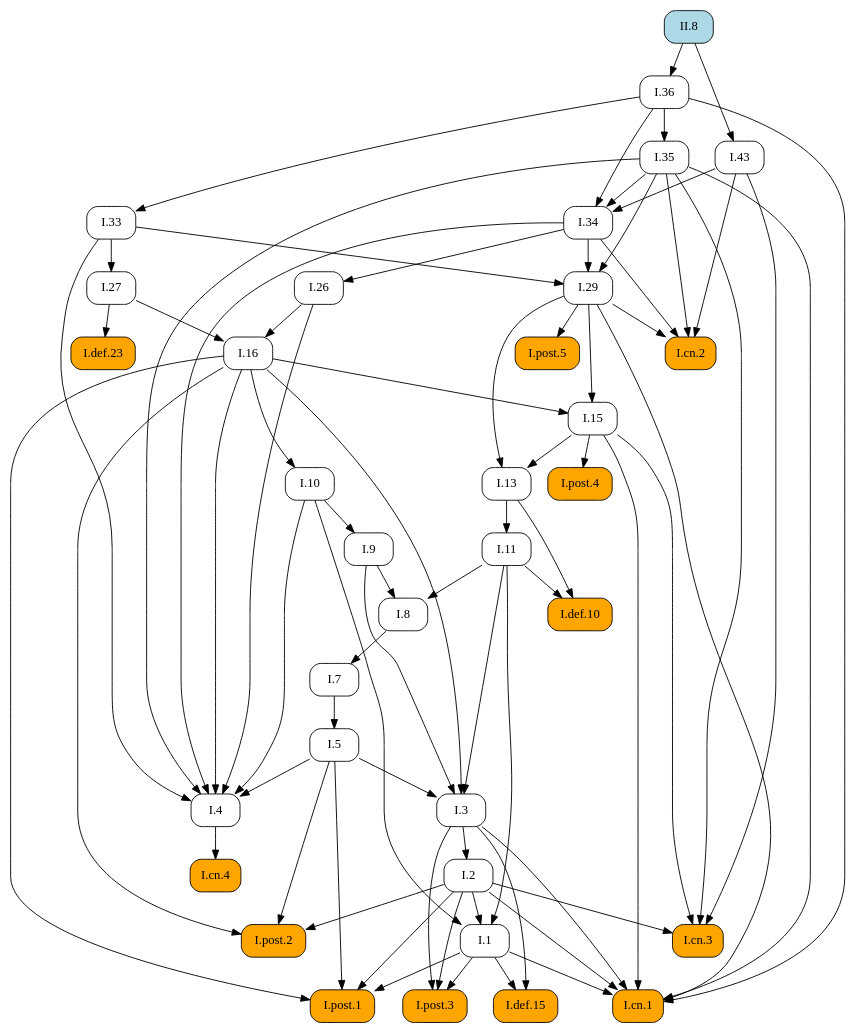
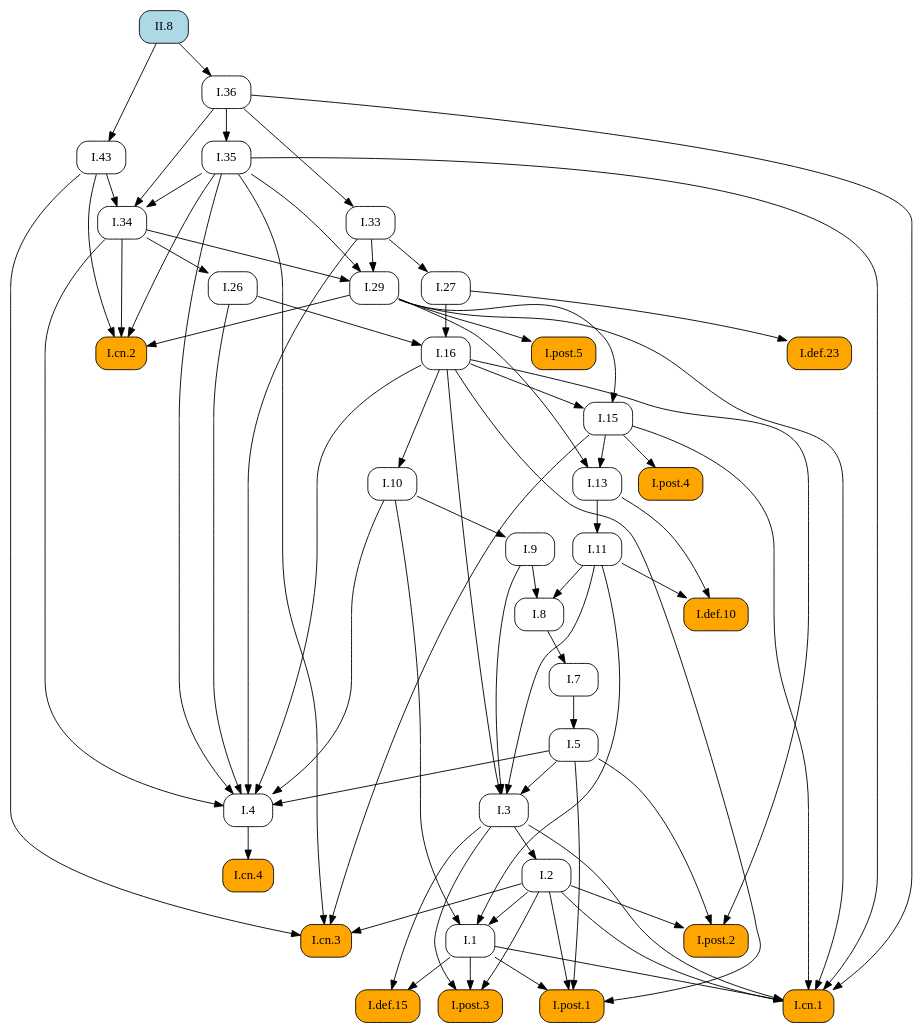
Before and after one commit to geometor/elements: the diagram in docsrc/elements2/II/8/index.rst, drawn with Graphviz. The commit also changed other lines of this file and 171 other files, not shown here.

```diff
--- a/docsrc/elements2/II/8/index.rst
+++ b/docsrc/elements2/II/8/index.rst
@@ -125,65 +125,97 @@
    digraph {
      rankdir="TB";
      node [shape=box, style=rounded];
+     "I.8" [URL="/elements2/I/8/", target="_top"];
+     "I.36" [URL="/elements2/I/36/", target="_top"];
+     "I.post.1" [style="rounded,filled", fillcolor=orange, URL="/elements2/I/post.1/", target="_top"];
+     "I.33" [URL="/elements2/I/33/", target="_top"];
+     "I.5" [URL="/elements2/I/5/", target="_top"];
+     "I.post.5" [style="rounded,filled", fillcolor=orange, URL="/elements2/I/post.5/", target="_top"];
      "I.def.10" [style="rounded,filled", fillcolor=orange, URL="/elements2/I/def.10/", target="_top"];
+     "I.cn.2" [style="rounded,filled", fillcolor=orange, URL="/elements2/I/cn.2/", target="_top"];
+     "I.def.15" [style="rounded,filled", fillcolor=orange, URL="/elements2/I/def.15/", target="_top"];
+     "I.11" [URL="/elements2/I/11/", target="_top"];
+     "I.43" [URL="/elements2/I/43/", target="_top"];
+     "I.3" [URL="/elements2/I/3/", target="_top"];
+     "I.def.23" [style="rounded,filled", fillcolor=orange, URL="/elements2/I/def.23/", target="_top"];
+     "I.post.2" [style="rounded,filled", fillcolor=orange, URL="/elements2/I/post.2/", target="_top"];
+     "I.26" [URL="/elements2/I/26/", target="_top"];
+     "I.cn.3" [style="rounded,filled", fillcolor=orange, URL="/elements2/I/cn.3/", target="_top"];
+     "I.cn.4" [style="rounded,filled", fillcolor=orange, URL="/elements2/I/cn.4/", target="_top"];
+     "I.1" [URL="/elements2/I/1/", target="_top"];
+     "I.7" [URL="/elements2/I/7/", target="_top"];
+     "I.9" [URL="/elements2/I/9/", target="_top"];
+     "II.8" [style="rounded,filled", fillcolor=lightblue, URL="/elements2/II/8/", target="_top"];
+     "I.cn.1" [style="rounded,filled", fillcolor=orange, URL="/elements2/I/cn.1/", target="_top"];
+     "I.29" [URL="/elements2/I/29/", target="_top"];
+     "I.16" [URL="/elements2/I/16/", target="_top"];
+     "I.post.4" [style="rounded,filled", fillcolor=orange, URL="/elements2/I/post.4/", target="_top"];
+     "I.13" [URL="/elements2/I/13/", target="_top"];
+     "I.35" [URL="/elements2/I/35/", target="_top"];
+     "I.2" [URL="/elements2/I/2/", target="_top"];
+     "I.27" [URL="/elements2/I/27/", target="_top"];
+     "I.4" [URL="/elements2/I/4/", target="_top"];
+     "I.10" [URL="/elements2/I/10/", target="_top"];
+     "I.15" [URL="/elements2/I/15/", target="_top"];
      "I.34" [URL="/elements2/I/34/", target="_top"];
-     "I.cn.4" [style="rounded,filled", fillcolor=orange, URL="/elements2/I/cn.4/", target="_top"];
-     "I.def.15" [style="rounded,filled", fillcolor=orange, URL="/elements2/I/def.15/", target="_top"];
      "I.post.3" [style="rounded,filled", fillcolor=orange, URL="/elements2/I/post.3/", target="_top"];
-     "I.36" [URL="/elements2/I/36/", target="_top"];
-     "I.27" [URL="/elements2/I/27/", target="_top"];
-     "I.post.2" [style="rounded,filled", fillcolor=orange, URL="/elements2/I/post.2/", target="_top"];
-     "I.13" [URL="/elements2/I/13/", target="_top"];
-     "I.10" [URL="/elements2/I/10/", target="_top"];
-     "I.post.1" [style="rounded,filled", fillcolor=orange, URL="/elements2/I/post.1/", target="_top"];
-     "I.7" [URL="/elements2/I/7/", target="_top"];
-     "I.11" [URL="/elements2/I/11/", target="_top"];
-     "II.8" [style="rounded,filled", fillcolor=lightblue, URL="/elements2/II/8/", target="_top"];
-     "I.4" [URL="/elements2/I/4/", target="_top"];
-     "I.16" [URL="/elements2/I/16/", target="_top"];
-     "I.def.23" [style="rounded,filled", fillcolor=orange, URL="/elements2/I/def.23/", target="_top"];
-     "I.9" [URL="/elements2/I/9/", target="_top"];
-     "I.2" [URL="/elements2/I/2/", target="_top"];
-     "I.cn.2" [style="rounded,filled", fillcolor=orange, URL="/elements2/I/cn.2/", target="_top"];
-     "I.15" [URL="/elements2/I/15/", target="_top"];
-     "I.26" [URL="/elements2/I/26/", target="_top"];
-     "I.post.5" [style="rounded,filled", fillcolor=orange, URL="/elements2/I/post.5/", target="_top"];
-     "I.8" [URL="/elements2/I/8/", target="_top"];
-     "I.1" [URL="/elements2/I/1/", target="_top"];
-     "I.35" [URL="/elements2/I/35/", target="_top"];
-     "I.43" [URL="/elements2/I/43/", target="_top"];
-     "I.33" [URL="/elements2/I/33/", target="_top"];
-     "I.post.4" [style="rounded,filled", fillcolor=orange, URL="/elements2/I/post.4/", target="_top"];
-     "I.cn.1" [style="rounded,filled", fillcolor=orange, URL="/elements2/I/cn.1/", target="_top"];
-     "I.3" [URL="/elements2/I/3/", target="_top"];
-     "I.cn.3" [style="rounded,filled", fillcolor=orange, URL="/elements2/I/cn.3/", target="_top"];
-     "I.29" [URL="/elements2/I/29/", target="_top"];
-     "I.5" [URL="/elements2/I/5/", target="_top"];
-     "I.11" -> "I.def.10";
-     "I.13" -> "I.def.10";
-     "I.35" -> "I.34";
-     "I.36" -> "I.34";
-     "I.43" -> "I.34";
-     "I.4" -> "I.cn.4";
-     "I.1" -> "I.def.15";
-     "I.3" -> "I.def.15";
-     "I.1" -> "I.post.3";
-     "I.2" -> "I.post.3";
-     "I.3" -> "I.post.3";
+     "I.9" -> "I.8";
+     "I.11" -> "I.8";
      "II.8" -> "I.36";
-     "I.33" -> "I.27";
-     "I.2" -> "I.post.2";
-     "I.5" -> "I.post.2";
-     "I.16" -> "I.post.2";
-     "I.15" -> "I.13";
-     "I.29" -> "I.13";
-     "I.16" -> "I.10";
      "I.1" -> "I.post.1";
      "I.2" -> "I.post.1";
      "I.5" -> "I.post.1";
      "I.16" -> "I.post.1";
+     "I.36" -> "I.33";
+     "I.7" -> "I.5";
+     "I.29" -> "I.post.5";
+     "I.11" -> "I.def.10";
+     "I.13" -> "I.def.10";
+     "I.29" -> "I.cn.2";
+     "I.34" -> "I.cn.2";
+     "I.35" -> "I.cn.2";
+     "I.43" -> "I.cn.2";
+     "I.1" -> "I.def.15";
+     "I.3" -> "I.def.15";
+     "I.13" -> "I.11";
+     "II.8" -> "I.43";
+     "I.5" -> "I.3";
+     "I.9" -> "I.3";
+     "I.11" -> "I.3";
+     "I.16" -> "I.3";
+     "I.27" -> "I.def.23";
+     "I.2" -> "I.post.2";
+     "I.5" -> "I.post.2";
+     "I.16" -> "I.post.2";
+     "I.34" -> "I.26";
+     "I.2" -> "I.cn.3";
+     "I.15" -> "I.cn.3";
+     "I.35" -> "I.cn.3";
+     "I.43" -> "I.cn.3";
+     "I.4" -> "I.cn.4";
+     "I.2" -> "I.1";
+     "I.10" -> "I.1";
+     "I.11" -> "I.1";
      "I.8" -> "I.7";
-     "I.13" -> "I.11";
+     "I.10" -> "I.9";
+     "I.1" -> "I.cn.1";
+     "I.2" -> "I.cn.1";
+     "I.3" -> "I.cn.1";
+     "I.15" -> "I.cn.1";
+     "I.29" -> "I.cn.1";
+     "I.35" -> "I.cn.1";
+     "I.36" -> "I.cn.1";
+     "I.33" -> "I.29";
+     "I.34" -> "I.29";
+     "I.35" -> "I.29";
+     "I.26" -> "I.16";
+     "I.27" -> "I.16";
+     "I.15" -> "I.post.4";
+     "I.15" -> "I.13";
+     "I.29" -> "I.13";
+     "I.36" -> "I.35";
+     "I.3" -> "I.2";
+     "I.33" -> "I.27";
      "I.5" -> "I.4";
      "I.10" -> "I.4";
      "I.16" -> "I.4";
@@ -191,45 +223,13 @@
      "I.33" -> "I.4";
      "I.34" -> "I.4";
      "I.35" -> "I.4";
-     "I.26" -> "I.16";
-     "I.27" -> "I.16";
-     "I.27" -> "I.def.23";
-     "I.10" -> "I.9";
-     "I.3" -> "I.2";
-     "I.29" -> "I.cn.2";
-     "I.34" -> "I.cn.2";
-     "I.35" -> "I.cn.2";
-     "I.43" -> "I.cn.2";
+     "I.16" -> "I.10";
      "I.16" -> "I.15";
      "I.29" -> "I.15";
-     "I.34" -> "I.26";
-     "I.29" -> "I.post.5";
-     "I.9" -> "I.8";
-     "I.11" -> "I.8";
-     "I.2" -> "I.1";
-     "I.10" -> "I.1";
-     "I.11" -> "I.1";
-     "I.36" -> "I.35";
-     "II.8" -> "I.43";
-     "I.36" -> "I.33";
-     "I.15" -> "I.post.4";
-     "I.1" -> "I.cn.1";
-     "I.2" -> "I.cn.1";
-     "I.3" -> "I.cn.1";
-     "I.15" -> "I.cn.1";
-     "I.29" -> "I.cn.1";
-     "I.35" -> "I.cn.1";
-     "I.36" -> "I.cn.1";
-     "I.5" -> "I.3";
-     "I.9" -> "I.3";
-     "I.11" -> "I.3";
-     "I.16" -> "I.3";
-     "I.2" -> "I.cn.3";
-     "I.15" -> "I.cn.3";
-     "I.35" -> "I.cn.3";
-     "I.43" -> "I.cn.3";
-     "I.33" -> "I.29";
-     "I.34" -> "I.29";
-     "I.35" -> "I.29";
-     "I.7" -> "I.5";
+     "I.35" -> "I.34";
+     "I.36" -> "I.34";
+     "I.43" -> "I.34";
+     "I.1" -> "I.post.3";
+     "I.2" -> "I.post.3";
+     "I.3" -> "I.post.3";
    }
```
